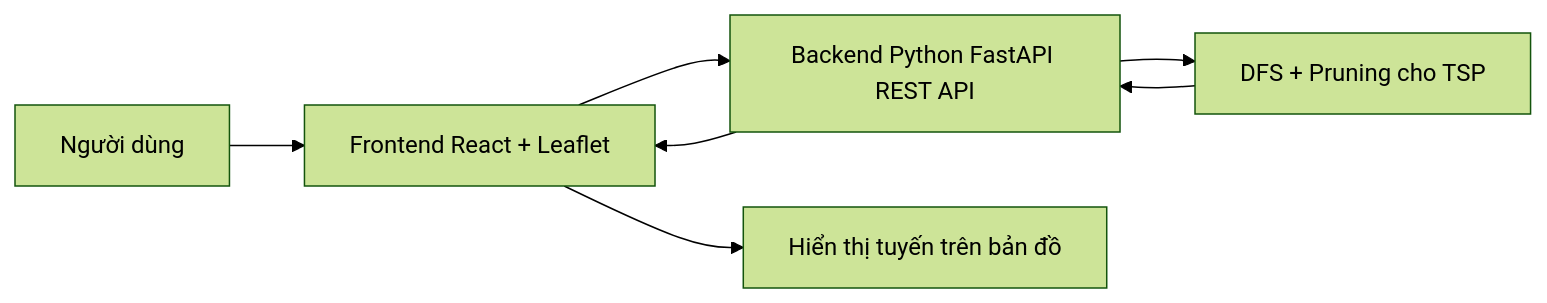
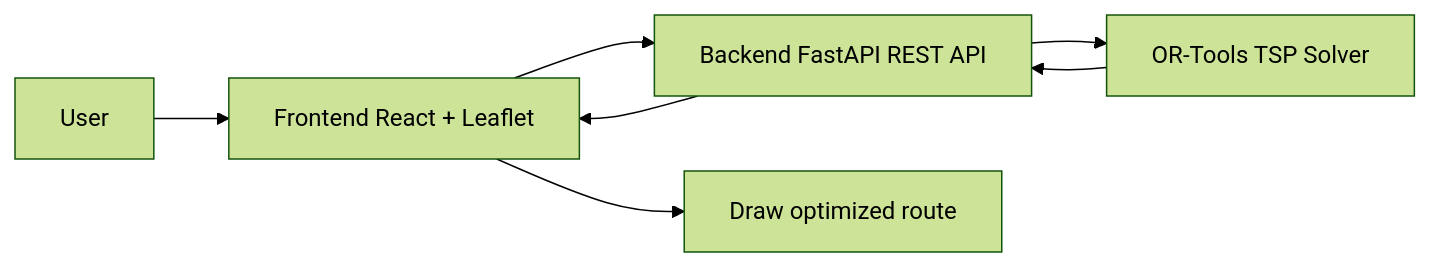
Before and after one commit to Duy-Nguyen-2006/Project1-Road-Finder: the diagram in plans/Plan.md, drawn with Mermaid (forest theme). The commit also changed other lines of this file and 2 other files, not shown here.

Commit message:
Init backend-structure

````diff
--- a/plans/Plan.md
+++ b/plans/Plan.md
@@ -61,9 +24,9 @@
 ```mermaid
 flowchart LR
-    User[Người dùng] --> FE[Frontend React + Leaflet]
-    FE --> API[Backend Python FastAPI REST API]
-    API --> Algo[DFS + Pruning cho TSP]
-    Algo --> API
+    User[User] --> FE[Frontend React + Leaflet]
+    FE --> API[Backend FastAPI REST API]
+    API --> TSPSolver[OR-Tools TSP Solver]
+    TSPSolver --> API
     API --> FE
-    FE --> Map[Hiển thị tuyến trên bản đồ]
+    FE --> Map[Draw optimized route]
 ```
````
